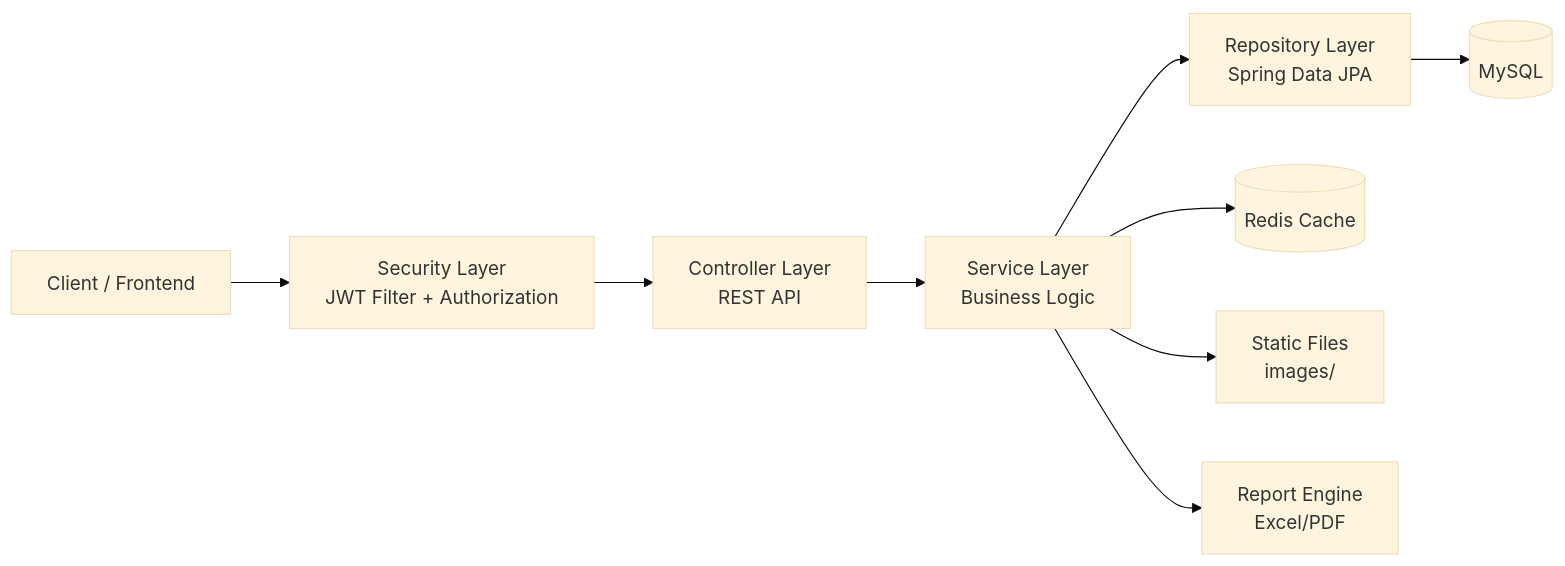
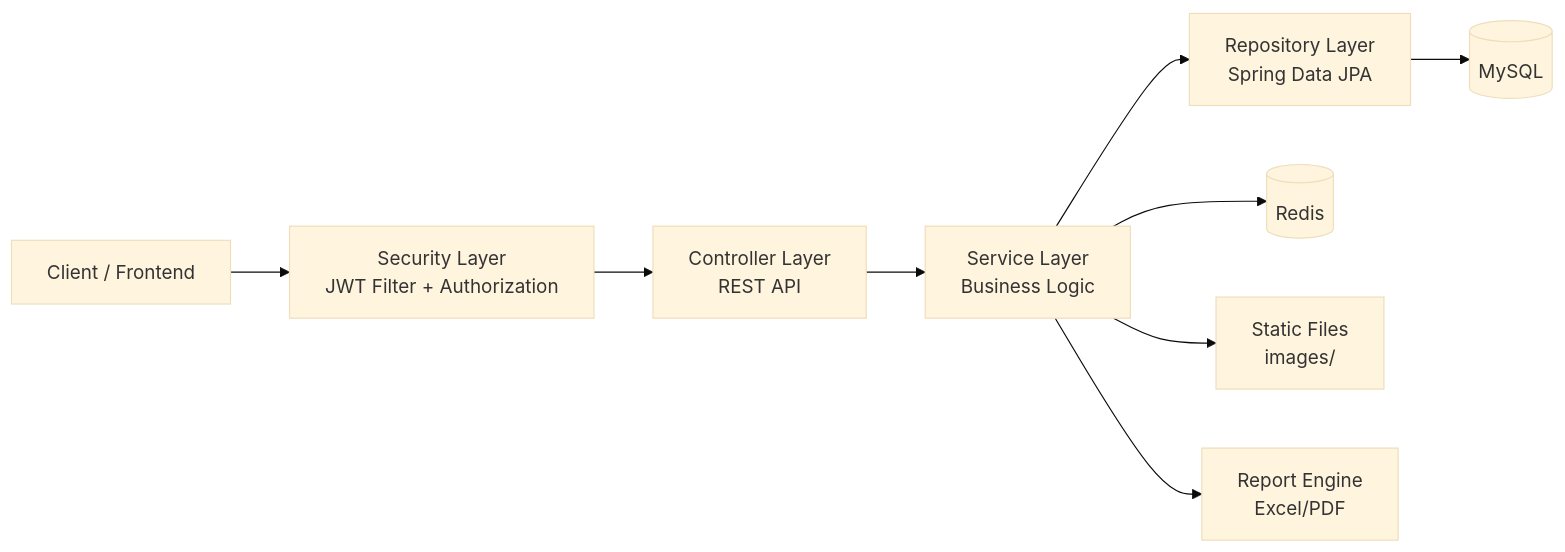
One commit to NHTK412/EV-Dealer-Management-System-BE changed the first of 2 diagrams in readme.md. Above: the diagram before and after it, drawn with Mermaid (base theme). The commit also changed other lines of this file and 1 other file, not shown here.

Commit message:
fix: standardize Vietnamese names in init.sql and update README for clarity

````diff
--- a/readme.md
+++ b/readme.md
@@ -31,11 +31,11 @@
 ```mermaid
 flowchart LR
-		U[Client / Frontend] --> F[Security Layer\nJWT Filter + Authorization]
-		F --> C[Controller Layer\nREST API]
-		C --> S[Service Layer\nBusiness Logic]
-		S --> R[Repository Layer\nSpring Data JPA]
-		R --> DB[(MySQL)]
-		S --> REDIS[(Redis Cache)]
-		S --> FS[Static Files\nimages/]
-		S --> REP[Report Engine\nExcel/PDF]
+    U[Client / Frontend] --> F[Security Layer\nJWT Filter + Authorization]
+    F --> C[Controller Layer\nREST API]
+    C --> S[Service Layer\nBusiness Logic]
+    S --> R[Repository Layer\nSpring Data JPA]
+    R --> DB[(MySQL)]
+    S --> REDIS[(Redis)]
+    S --> FS[Static Files\nimages/]
+    S --> REP[Report Engine\nExcel/PDF]
 ```
````
